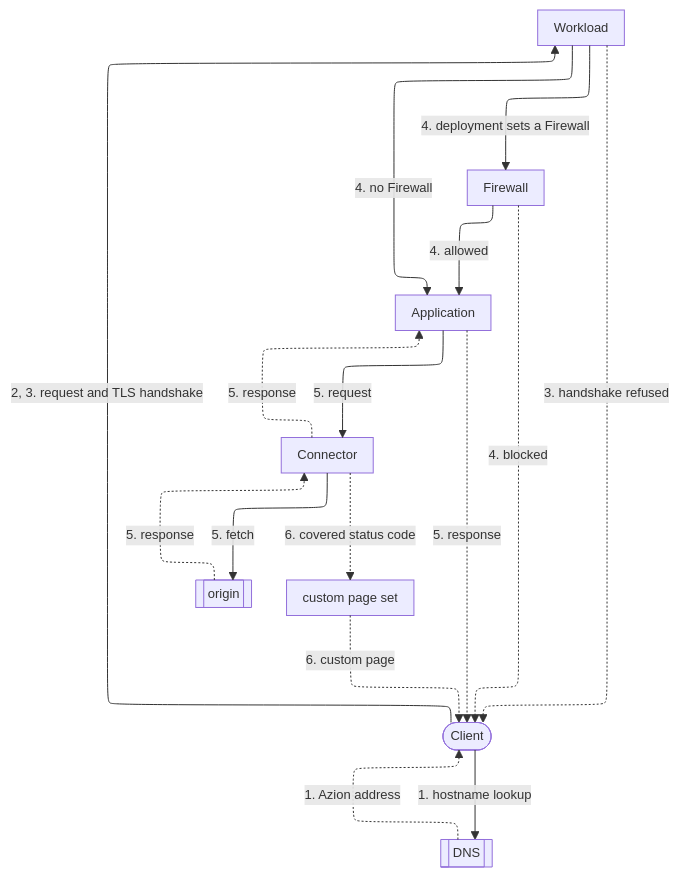
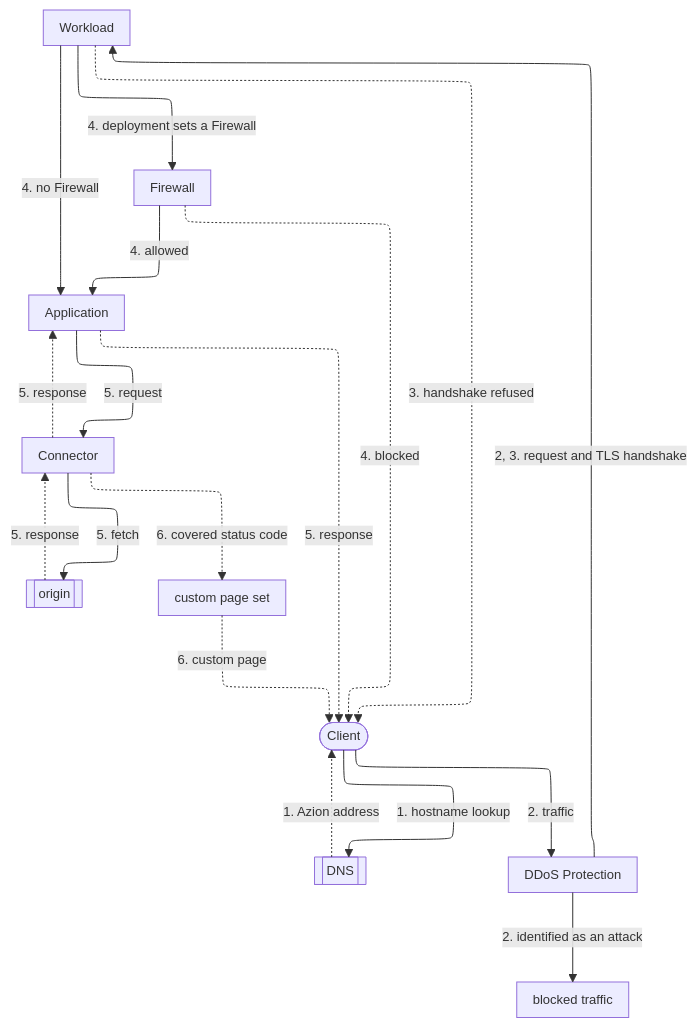
The diagram in apps/docs/src/content/docs/en/pages/main-menu/reference/secure/workloads/workloads.mdx (aziontech/docs), drawn with Mermaid before and after one commit. The commit also changed other lines of this file and 183 other files, not shown here.

````diff
--- a/apps/docs/src/content/docs/en/pages/main-menu/reference/secure/workloads/workloads.mdx
+++ b/apps/docs/src/content/docs/en/pages/main-menu/reference/secure/workloads/workloads.mdx
@@ -33,27 +34,31 @@
 ```mermaid
 %%{init: {"layout": "elk", "elk": {"preset": "modelOrder", "keepEntryNodeOnTop": true}, "themeVariables": {"fontSize": "13px"}, "flowchart": {"nodeSpacing": 24, "rankSpacing": 36, "padding": 8, "wrappingWidth": 150, "useMaxWidth": true}, "sequence": {"width": 120, "actorMargin": 30, "useMaxWidth": true}}}%%
 flowchart TD
   Client(["Client"])
   DNS[["DNS"]]
+  DDoS["DDoS Protection"]
+  Blocked["blocked traffic"]
   WL["Workload"]
   FW["Firewall"]
   App["Application"]
   Conn["Connector"]
   Origin[["origin"]]
   CP["custom page set"]
   Client -->|"1. hostname lookup"| DNS
   DNS -.->|"1. Azion address"| Client
-  Client -->|"2, 3. request and TLS handshake"| WL
+  Client -->|"2. traffic"| DDoS
+  DDoS -->|"2. identified as an attack"| Blocked
+  DDoS -->|"2, 3. request and TLS handshake"| WL
   WL -.->|"3. handshake refused"| Client
   WL -->|"4. deployment sets a Firewall"| FW
   WL -->|"4. no Firewall"| App
   FW -->|"4. allowed"| App
   FW -.->|"4. blocked"| Client
   App -->|"5. request"| Conn
   Conn -->|"5. fetch"| Origin
   Origin -.->|"5. response"| Conn
   Conn -.->|"5. response"| App
   App -.->|"5. response"| Client
   Conn -.->|"6. covered status code"| CP
   CP -.->|"6. custom page"| Client
 ```
````
